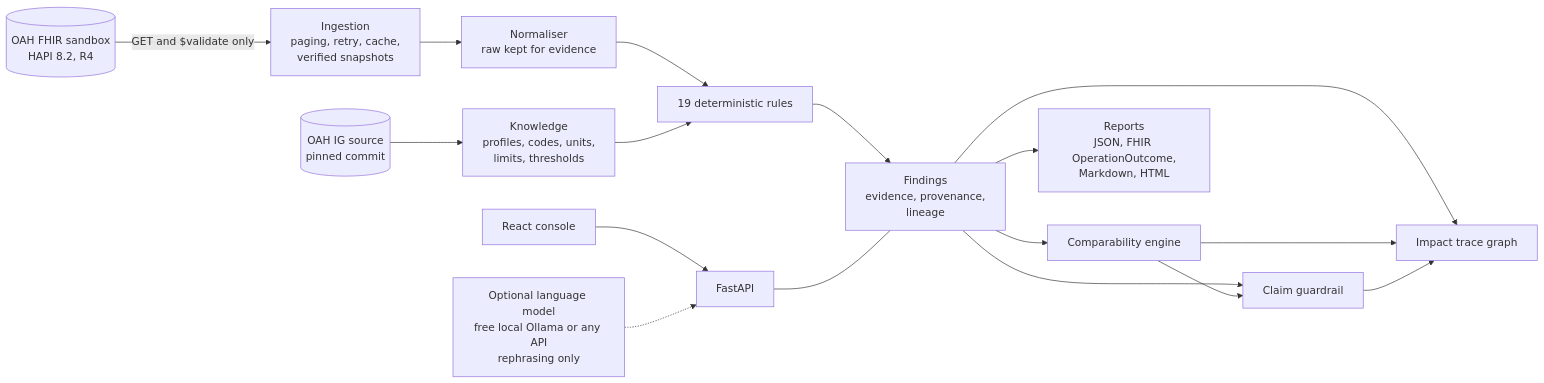
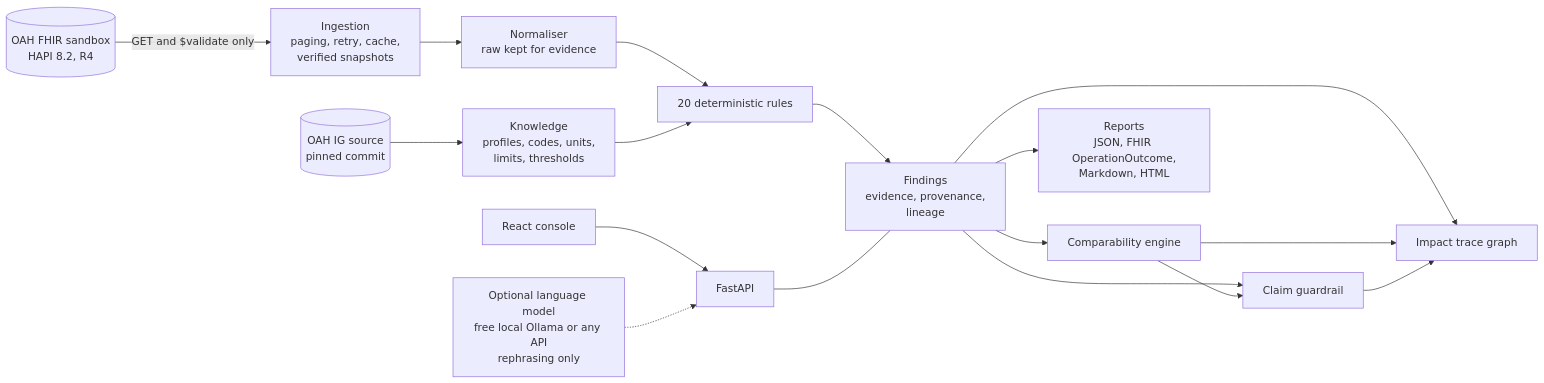
The diagram in README.md (Unknown1502/OAH-Data-Doctor), drawn with Mermaid before and after one commit. The commit also changed other lines of this file and 23 other files, not shown here.

````diff
--- a/README.md
+++ b/README.md
@@ -72,19 +85,19 @@
 ```mermaid
 flowchart LR
   OAH[(OAH FHIR sandbox<br/>HAPI 8.2, R4)] -->|GET and $validate only| ING[Ingestion<br/>paging, retry, cache,<br/>verified snapshots]
   IG[(OAH IG source<br/>pinned commit)] --> KN[Knowledge<br/>profiles, codes, units,<br/>limits, thresholds]
   ING --> NORM[Normaliser<br/>raw kept for evidence]
-  NORM --> RULES[19 deterministic rules]
+  NORM --> RULES[20 deterministic rules]
   KN --> RULES
   RULES --> F[Findings<br/>evidence, provenance,<br/>lineage]
   F --> CMP[Comparability engine]
   F --> CLM[Claim guardrail]
   CMP --> CLM
   F --> TR[Impact trace graph]
   CMP --> TR
   CLM --> TR
   F --> OUT[Reports<br/>JSON, FHIR OperationOutcome,<br/>Markdown, HTML]
   API[FastAPI] --- F
   UI[React console] --> API
   LLM[Optional language model<br/>free local Ollama or any API<br/>rephrasing only] -.-> API
 ```
````
